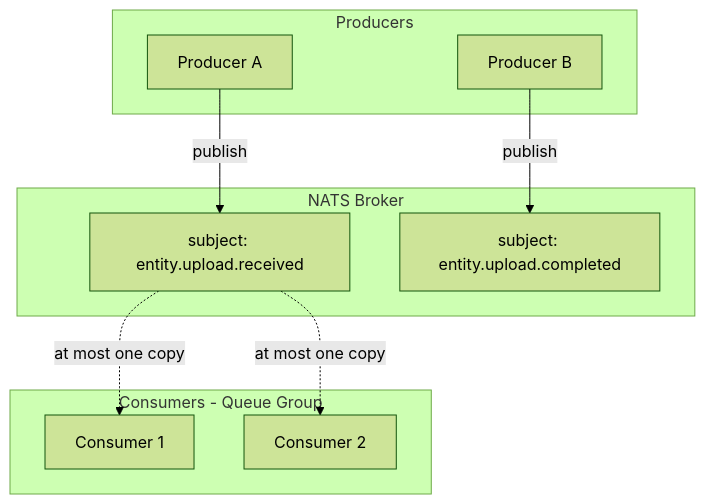
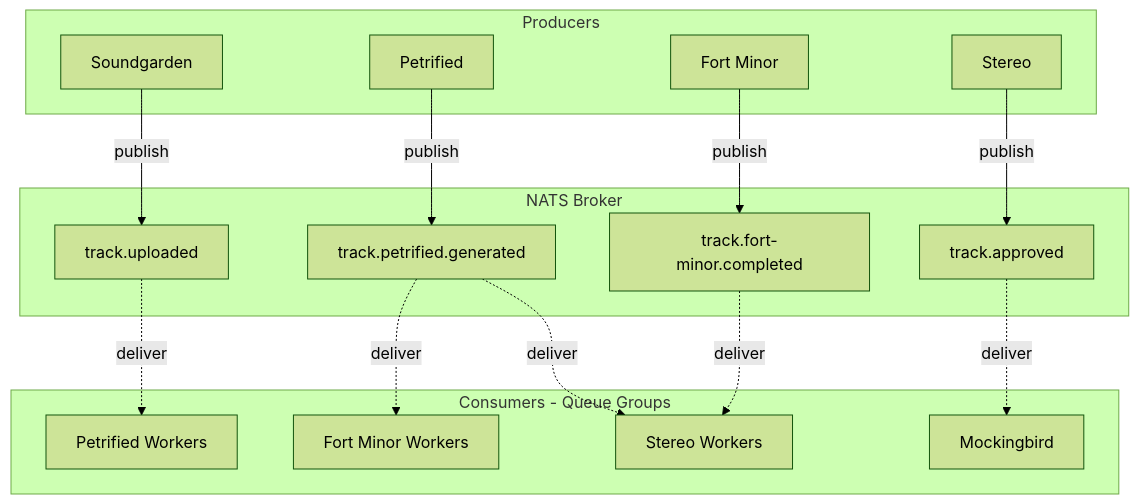
Before and after one commit to neon-gate/neon-gate-fm: the diagram in .agents/context/EVENT_ARCHITECTURE.md, drawn with Mermaid (forest theme). The commit also changed other lines of this file and 225 other files, not shown here.

````diff
--- a/.agents/context/EVENT_ARCHITECTURE.md
+++ b/.agents/context/EVENT_ARCHITECTURE.md
@@ -311,19 +213,30 @@
 ```mermaid
 flowchart TB
   subgraph producers [Producers]
-    P1[Producer A]
-    P2[Producer B]
+    P1[Soundgarden]
+    P2[Petrified]
+    P3[Fort Minor]
+    P4[Stereo]
   end
   subgraph broker [NATS Broker]
-    S1["subject: entity.upload.received"]
-    S2["subject: entity.upload.completed"]
+    S1["track.uploaded"]
+    S2["track.petrified.generated"]
+    S3["track.fort-minor.completed"]
+    S4["track.approved"]
   end
-  subgraph consumers [Consumers - Queue Group]
-    C1[Consumer 1]
-    C2[Consumer 2]
+  subgraph consumers [Consumers - Queue Groups]
+    C1[Petrified Workers]
+    C2[Fort Minor Workers]
+    C3[Stereo Workers]
+    C4[Mockingbird]
   end
   P1 -->|publish| S1
   P2 -->|publish| S2
-  S1 -.->|at most one copy| C1
-  S1 -.->|at most one copy| C2
+  P3 -->|publish| S3
+  P4 -->|publish| S4
+  S1 -.->|deliver| C1
+  S2 -.->|deliver| C2
+  S2 -.->|deliver| C3
+  S3 -.->|deliver| C3
+  S4 -.->|deliver| C4
 ```
````
